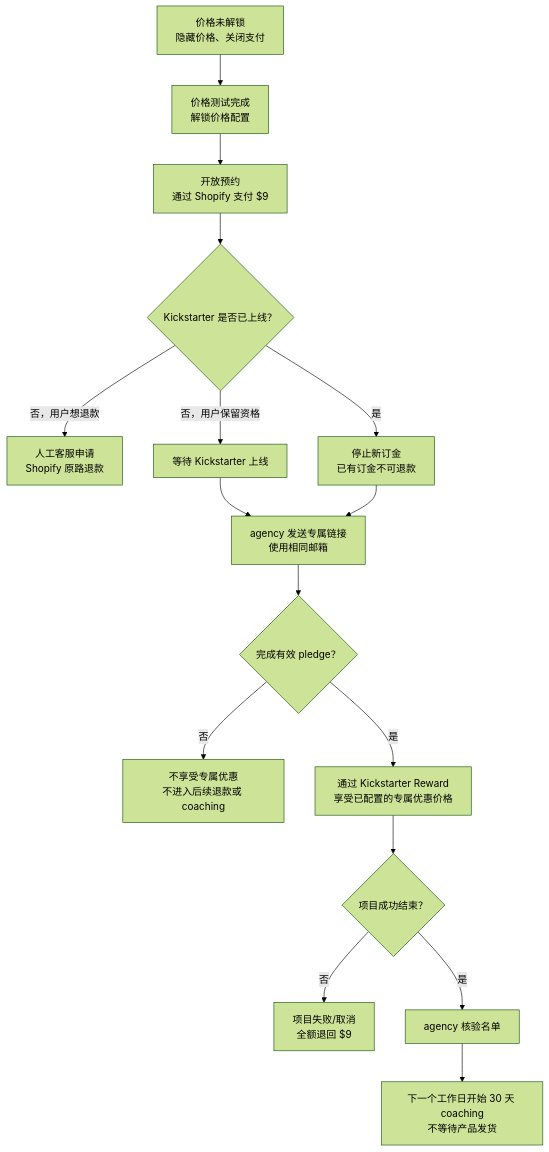
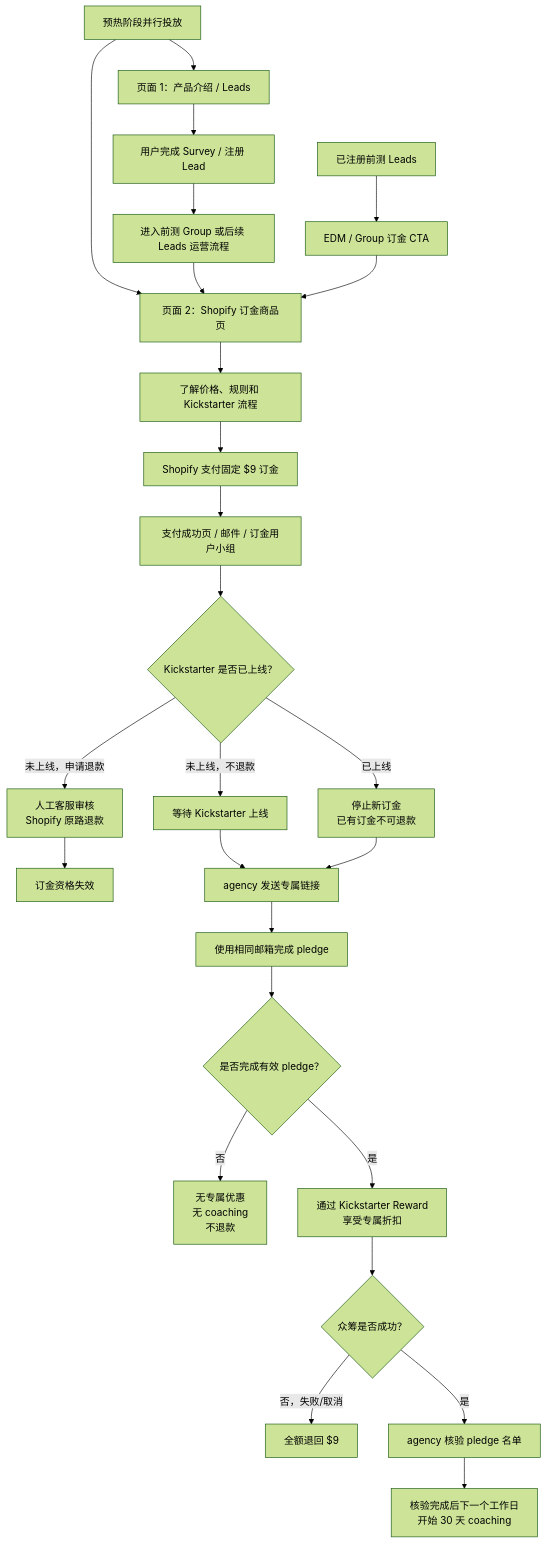
One commit to jerlinn/SyncART changed the diagram in deliverables/deposit-page-requirements.md. Above: the diagram before and after it, drawn with Mermaid (forest theme). The commit also changed other lines of this file and 9 other files, not shown here.

Commit message:
Build conversion-first Shopify deposit flow

````diff
--- a/deliverables/deposit-page-requirements.md
+++ b/deliverables/deposit-page-requirements.md
@@ -21,18 +21,34 @@
 ```mermaid
 flowchart TD
-    A[价格未解锁<br/>隐藏价格、关闭支付] --> B[价格测试完成<br/>解锁价格配置]
-    B --> C[开放预约<br/>通过 Shopify 支付 $9]
-    C --> D{Kickstarter 是否已上线？}
-    D -- 否，用户想退款 --> E[人工客服申请<br/>Shopify 原路退款]
-    D -- 否，用户保留资格 --> F[等待 Kickstarter 上线]
-    D -- 是 --> G[停止新订金<br/>已有订金不可退款]
-    F --> H[agency 发送专属链接<br/>使用相同邮箱]
-    G --> H
-    H --> I{完成有效 pledge？}
-    I -- 否 --> J[不享受专属优惠<br/>不进入后续退款或 coaching]
-    I -- 是 --> K[通过 Kickstarter Reward<br/>享受已配置的专属优惠价格]
-    K --> L{项目成功结束？}
-    L -- 否 --> M[项目失败/取消<br/>全额退回 $9]
-    L -- 是 --> N[agency 核验名单]
-    N --> O[下一个工作日开始 30 天 coaching<br/>不等待产品发货]
+    A[预热阶段并行投放]
+    A --> B[页面 1：产品介绍 / Leads]
+    A --> C[页面 2：Shopify 订金商品页]
+
+    B --> D[用户完成 Survey / 注册 Lead]
+    D --> E[进入前测 Group 或后续 Leads 运营流程]
+    E --> C
+
+    F[已注册前测 Leads]
+    F --> G[EDM / Group 订金 CTA]
+    G --> C
+
+    C --> H[了解价格、规则和 Kickstarter 流程]
+    H --> I[Shopify 支付固定 $9 订金]
+    I --> J[支付成功页 / 邮件 / 订金用户小组]
+
+    J --> K{Kickstarter 是否已上线？}
+    K -- 未上线，申请退款 --> L[人工客服审核<br/>Shopify 原路退款]
+    L --> M[订金资格失效]
+    K -- 未上线，不退款 --> N[等待 Kickstarter 上线]
+    K -- 已上线 --> O[停止新订金<br/>已有订金不可退款]
+    N --> P[agency 发送专属链接]
+    O --> P
+    P --> Q[使用相同邮箱完成 pledge]
+    Q --> R{是否完成有效 pledge？}
+    R -- 否 --> S[无专属优惠<br/>无 coaching<br/>不退款]
+    R -- 是 --> T[通过 Kickstarter Reward<br/>享受专属折扣]
+    T --> U{众筹是否成功？}
+    U -- 否，失败/取消 --> V[全额退回 $9]
+    U -- 是 --> W[agency 核验 pledge 名单]
+    W --> X[核验完成后下一个工作日<br/>开始 30 天 coaching]
 ```
````
